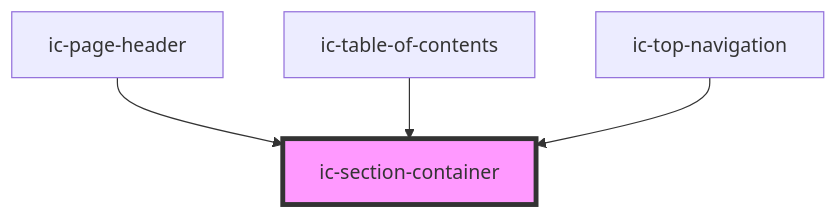
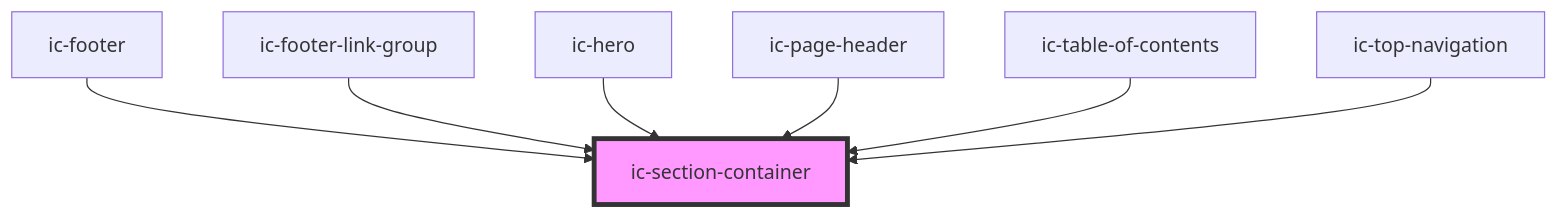
The diagram in packages/web-components/src/components/ic-section-container/readme.md (mi6/ic-ui-kit), drawn with Mermaid before and after one commit. The commit also changed other lines of this file and 24 other files, not shown here.

````diff
--- a/packages/web-components/src/components/ic-section-container/readme.md
+++ b/packages/web-components/src/components/ic-section-container/readme.md
@@ -25,7 +29,10 @@
 ```mermaid
 graph TD;
+  ic-footer --> ic-section-container
+  ic-footer-link-group --> ic-section-container
+  ic-hero --> ic-section-container
   ic-page-header --> ic-section-container
   ic-table-of-contents --> ic-section-container
   ic-top-navigation --> ic-section-container
   style ic-section-container fill:#f9f,stroke:#333,stroke-width:4px
 ```
````
